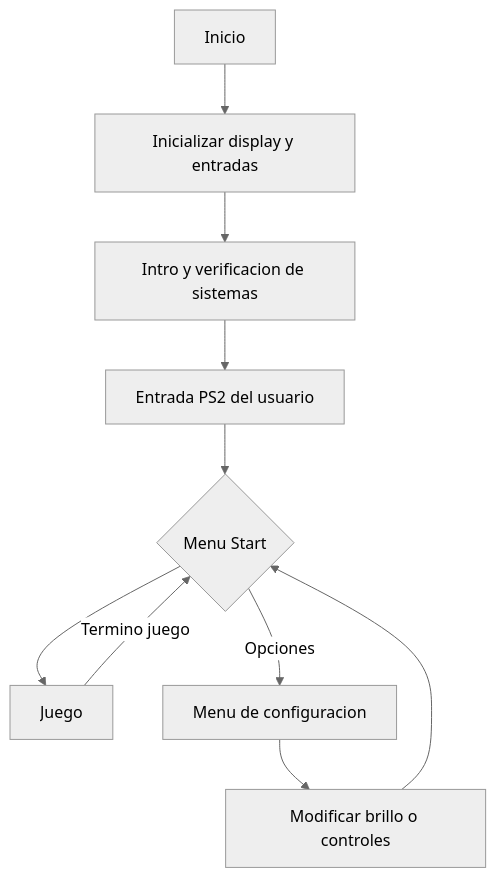
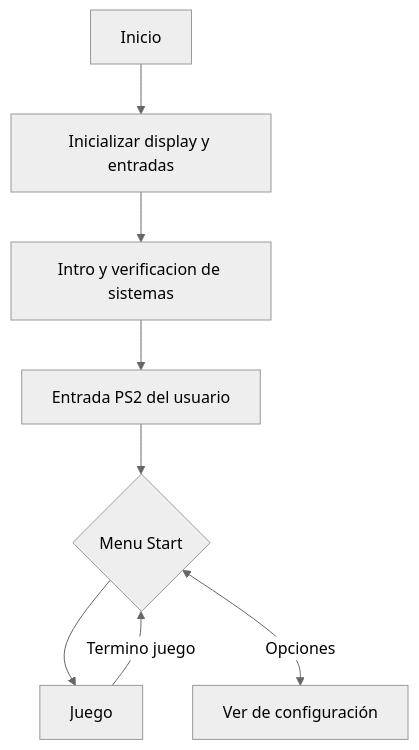
Before and after one commit to JavierGONL/Electroinca_Digital_1_hmwrk_1: the first of 4 diagrams in Readme.md, drawn with Mermaid (neutral theme). The commit also changed other lines of this file, not shown here.

````diff
--- a/Readme.md
+++ b/Readme.md
@@ -7,12 +7,11 @@
 ```mermaid
 flowchart TD
     A[Inicio] --> B
     B[Inicializar display y entradas] --> C
     C[Intro y verificacion de sistemas]
     C --> D[Entrada PS2 del usuario ]
     D --> E{Menu Start}
     E --> I[Juego]
-    E -->|Opciones| F[Menu de configuracion]
+    E <-->|Opciones| F[Ver de configuración]
     I --> |Termino juego| E
-    F --> H[Modificar brillo o controles] -->E
 ```
````
